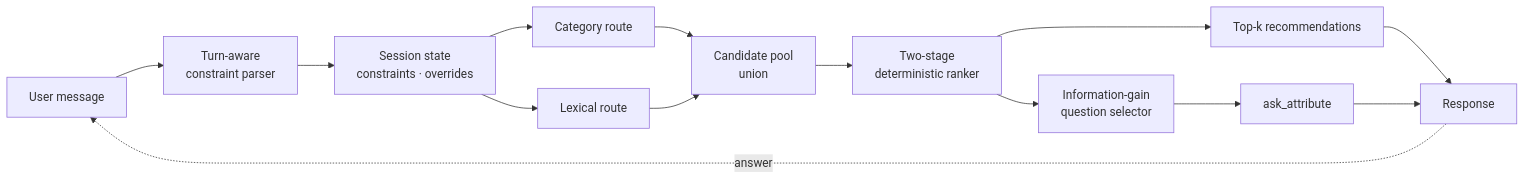
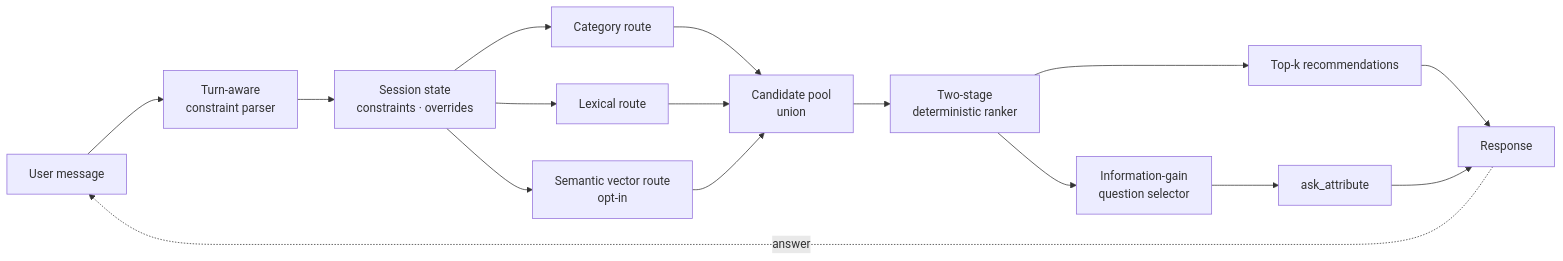
One commit to ronakkalvani/techjam-conversational-search changed the diagram in README.md. Above: the diagram before and after it, drawn with Mermaid. The commit also changed other lines of this file and 12 other files, not shown here.

````diff
--- a/README.md
+++ b/README.md
@@ -68,16 +80,18 @@
 ```mermaid
 flowchart LR
     A[User message] --> B[Turn-aware<br/>constraint parser]
     B --> C[Session state<br/>constraints · overrides]
     C --> D[Category route]
     C --> E[Lexical route]
-    D --> F[Candidate pool<br/>union]
-    E --> F
-    F --> G[Two-stage<br/>deterministic ranker]
-    G --> H[Top-k recommendations]
-    G --> I[Information-gain<br/>question selector]
-    I --> J[ask_attribute]
-    H --> K[Response]
-    J --> K
-    K -.answer.-> A
+    C --> F[Semantic vector route<br/>opt-in]
+    D --> G[Candidate pool<br/>union]
+    E --> G
+    F --> G
+    G --> H[Two-stage<br/>deterministic ranker]
+    H --> I[Top-k recommendations]
+    H --> J[Information-gain<br/>question selector]
+    J --> K[ask_attribute]
+    I --> L[Response]
+    K --> L
+    L -.answer.-> A
 ```
````
